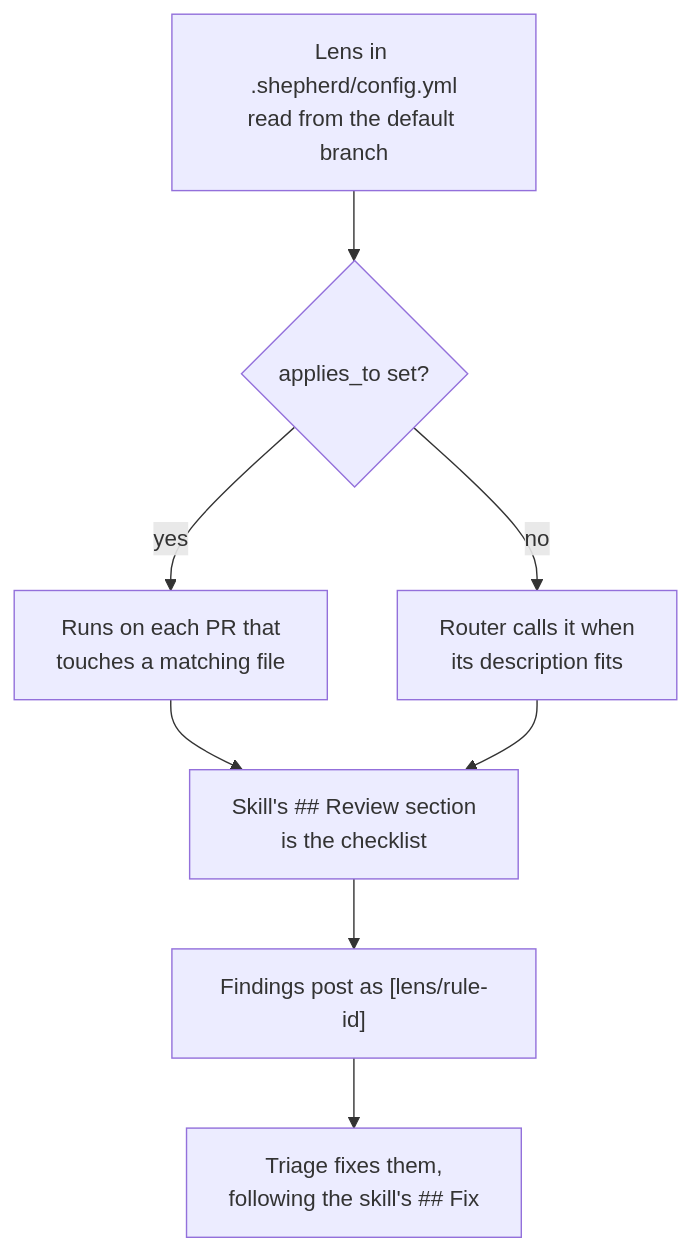
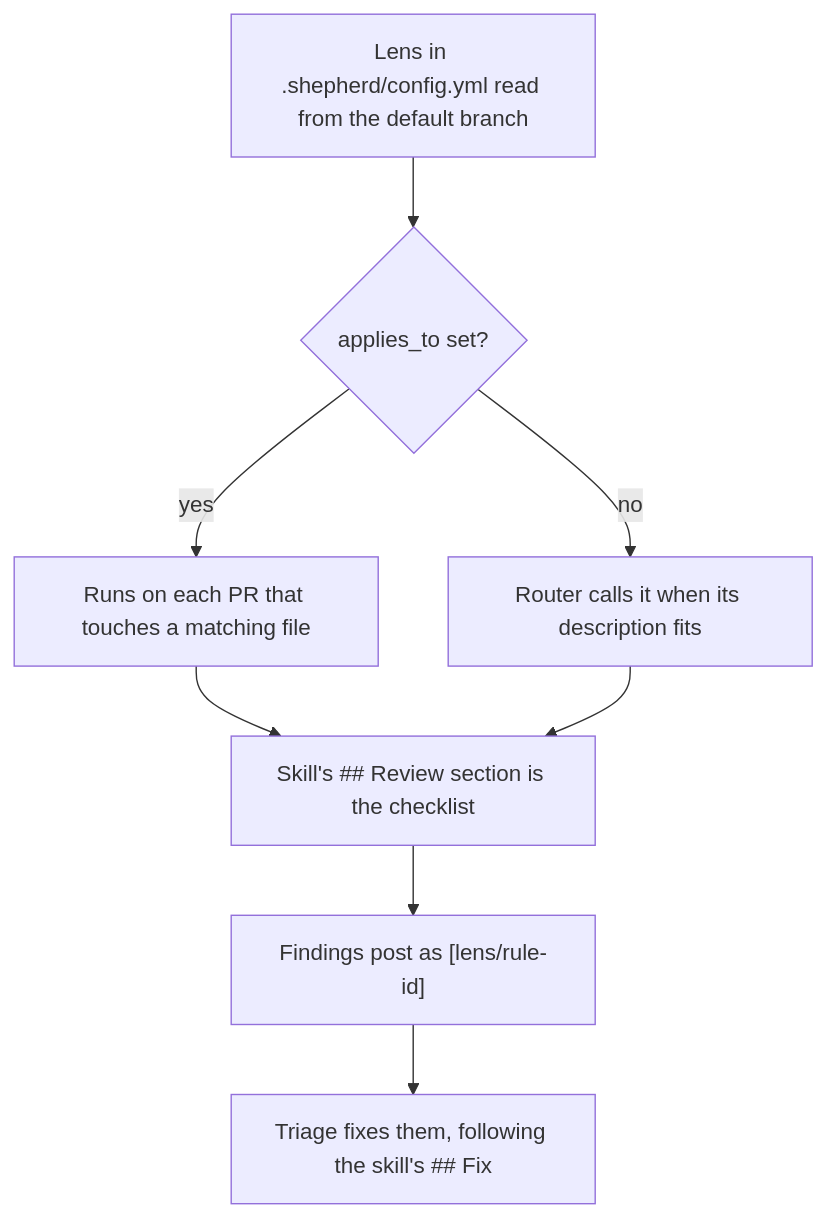
One commit to jagreehal/shepherd changed the first of 2 diagrams in docs/src/content/docs/configuration/lenses.md. Above: the diagram before and after it, drawn with Mermaid. The commit also changed other lines of this file and 41 other files, not shown here.

````diff
--- a/docs/src/content/docs/configuration/lenses.md
+++ b/docs/src/content/docs/configuration/lenses.md
@@ -23,9 +40,9 @@
 ```mermaid
 flowchart TD
-    L[Lens in .shepherd/config.yml<br/>read from the default branch] --> A{applies_to set?}
-    A -- yes --> M[Runs on each PR that<br/>touches a matching file]
-    A -- no --> R[Router calls it when<br/>its description fits]
-    M & R --> RV["Skill's ## Review section<br/>is the checklist"]
+    L[Lens in .shepherd/config.yml read from the default branch] --> A{applies_to set?}
+    A -- yes --> M[Runs on each PR that touches a matching file]
+    A -- no --> R[Router calls it when its description fits]
+    M & R --> RV["Skill's ## Review section is the checklist"]
     RV --> P["Findings post as [lens/rule-id]"]
-    P --> T["Triage fixes them,<br/>following the skill's ## Fix"]
+    P --> T["Triage fixes them, following the skill's ## Fix"]
 ```
````
